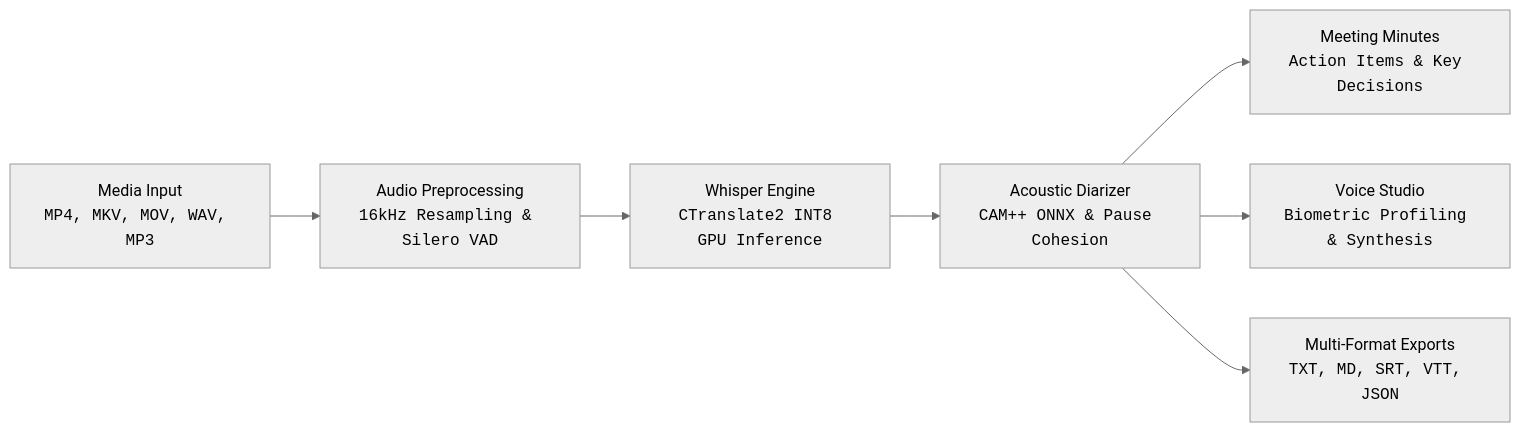
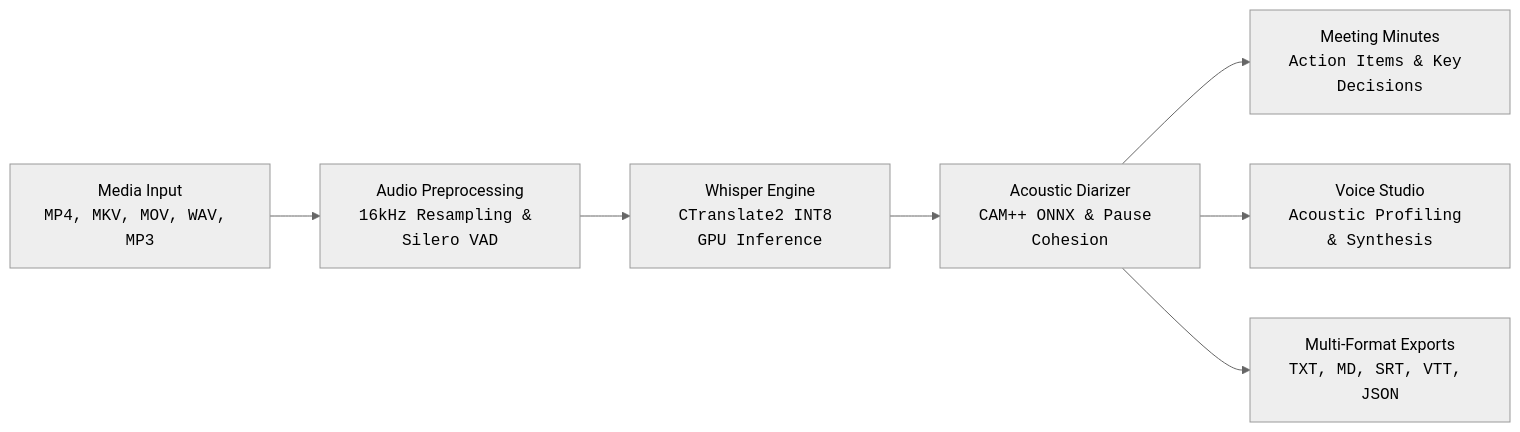
The diagram in README.md (LakshyaPrasher/Scriber), drawn with Mermaid (neutral theme) before and after one commit. The commit also changed other lines of this file and 36 other files, not shown here.

````diff
--- a/README.md
+++ b/README.md
@@ -26,9 +26,9 @@
 ```mermaid
 flowchart LR
     A["Media Input<br/><code>MP4, MKV, MOV, WAV, MP3</code>"] --> B["Audio Preprocessing<br/><code>16kHz Resampling &amp; Silero VAD</code>"]
     B --> C["Whisper Engine<br/><code>CTranslate2 INT8 GPU Inference</code>"]
     C --> D["Acoustic Diarizer<br/><code>CAM++ ONNX &amp; Pause Cohesion</code>"]
     D --> E["Meeting Minutes<br/><code>Action Items &amp; Key Decisions</code>"]
-    D --> F["Voice Studio<br/><code>Biometric Profiling &amp; Synthesis</code>"]
+    D --> F["Voice Studio<br/><code>Acoustic Profiling &amp; Synthesis</code>"]
     D --> G["Multi-Format Exports<br/><code>TXT, MD, SRT, VTT, JSON</code>"]
 ```
````
